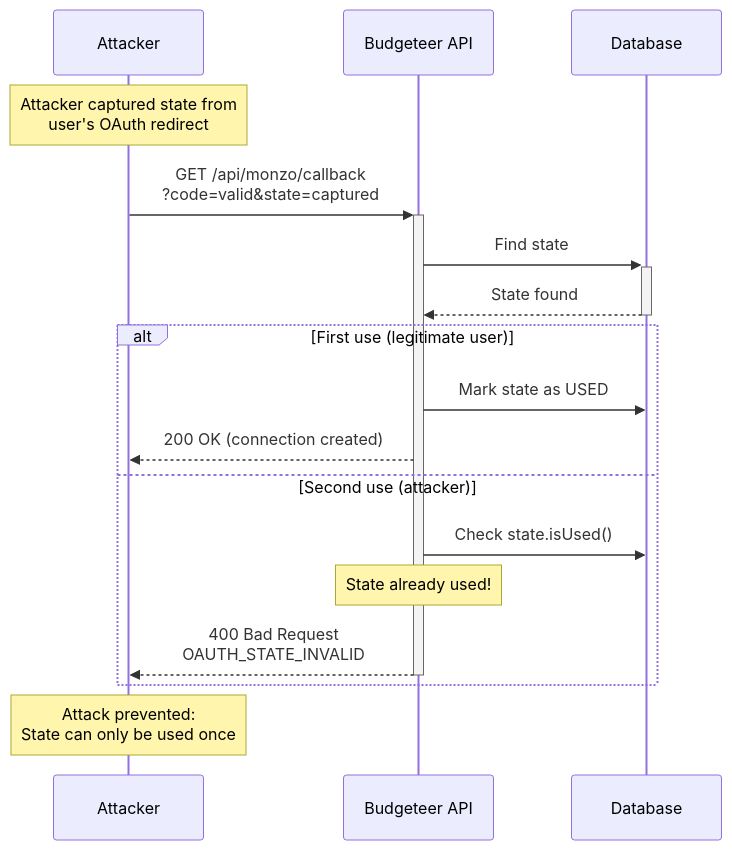
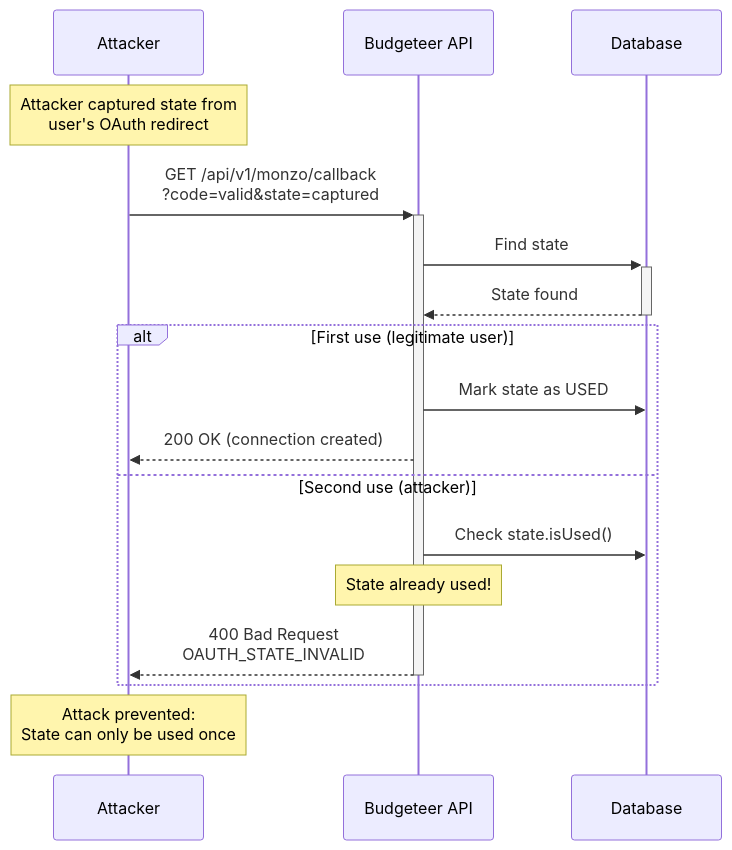
The sixth of 15 diagrams in docs/diagrams/monzo-oauth-flow.md (alexandermfisher/budgeteer), drawn with Mermaid before and after one commit. The commit also changed other lines of this file and 19 other files, not shown here.

````diff
--- a/docs/diagrams/monzo-oauth-flow.md
+++ b/docs/diagrams/monzo-oauth-flow.md
@@ -217,23 +217,23 @@
 ```mermaid
 sequenceDiagram
     participant A as Attacker
     participant B as Budgeteer API
     participant DB as Database
 
     Note over A: Attacker captured state from<br/>user's OAuth redirect
 
-    A->>+B: GET /api/monzo/callback<br/>?code=valid&state=captured
+    A->>+B: GET /api/v1/monzo/callback<br/>?code=valid&state=captured
     B->>+DB: Find state
     DB-->>-B: State found
     
     alt First use (legitimate user)
         B->>DB: Mark state as USED
         B-->>A: 200 OK (connection created)
     else Second use (attacker)
         B->>DB: Check state.isUsed()
         Note over B: State already used!
         B-->>-A: 400 Bad Request<br/>OAUTH_STATE_INVALID
     end
     
     Note over A: Attack prevented:<br/>State can only be used once
 ```
````
